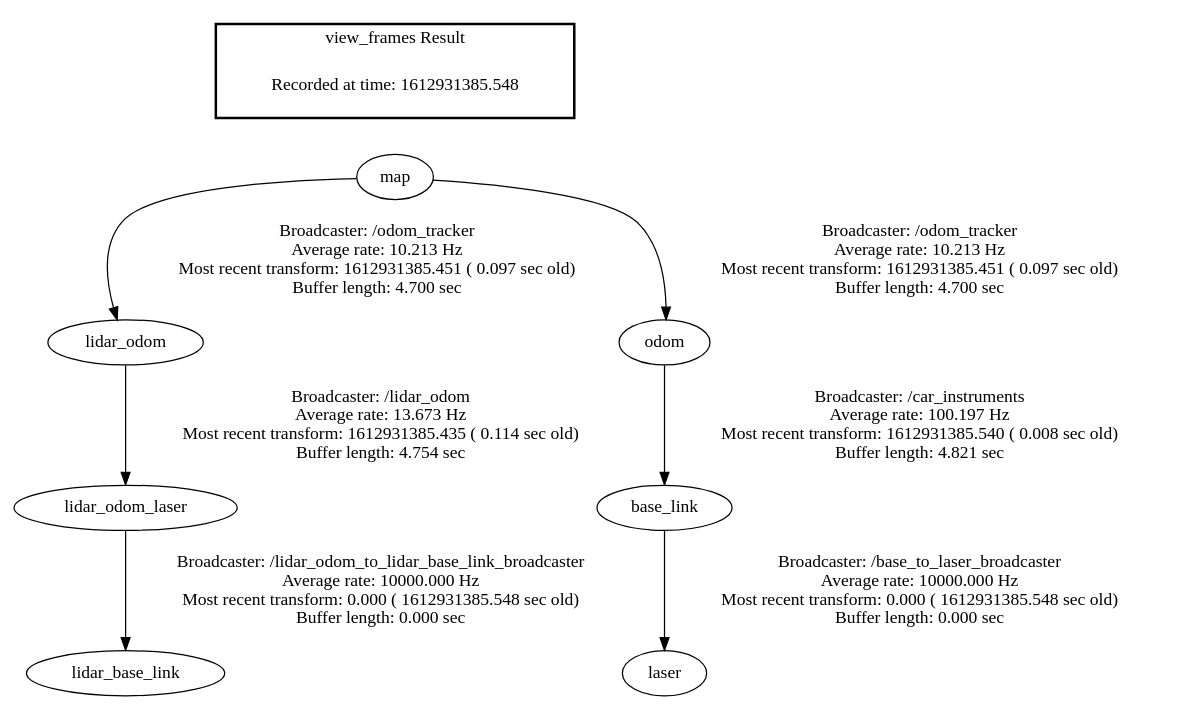
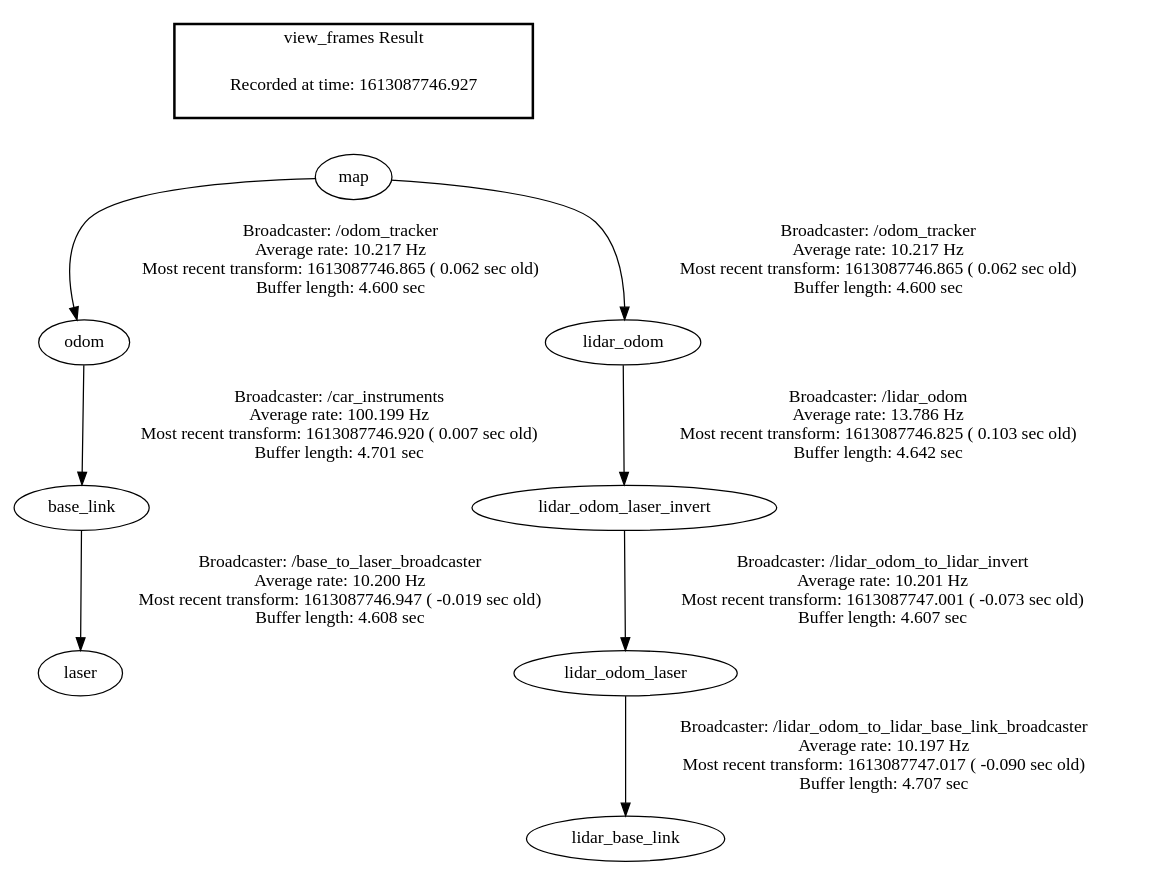
Before and after one commit to berickson/jiggle_ws: the diagram in frames.gv, drawn with Graphviz. The commit also changed 2 other files, not shown here.

Commit message:
inverted lidar

```diff
--- a/frames.gv
+++ b/frames.gv
@@ -1,12 +1,13 @@
 digraph G {
-"lidar_odom_laser" -> "lidar_base_link"[label="Broadcaster: /lidar_odom_to_lidar_base_link_broadcaster\nAverage rate: 10000.000 Hz\nMost recent transform: 0.000 ( 1612931385.548 sec old)\nBuffer length: 0.000 sec\n"];
-"lidar_odom" -> "lidar_odom_laser"[label="Broadcaster: /lidar_odom\nAverage rate: 13.673 Hz\nMost recent transform: 1612931385.435 ( 0.114 sec old)\nBuffer length: 4.754 sec\n"];
-"odom" -> "base_link"[label="Broadcaster: /car_instruments\nAverage rate: 100.197 Hz\nMost recent transform: 1612931385.540 ( 0.008 sec old)\nBuffer length: 4.821 sec\n"];
-"map" -> "odom"[label="Broadcaster: /odom_tracker\nAverage rate: 10.213 Hz\nMost recent transform: 1612931385.451 ( 0.097 sec old)\nBuffer length: 4.700 sec\n"];
-"base_link" -> "laser"[label="Broadcaster: /base_to_laser_broadcaster\nAverage rate: 10000.000 Hz\nMost recent transform: 0.000 ( 1612931385.548 sec old)\nBuffer length: 0.000 sec\n"];
-"map" -> "lidar_odom"[label="Broadcaster: /odom_tracker\nAverage rate: 10.213 Hz\nMost recent transform: 1612931385.451 ( 0.097 sec old)\nBuffer length: 4.700 sec\n"];
+"lidar_odom_laser" -> "lidar_base_link"[label="Broadcaster: /lidar_odom_to_lidar_base_link_broadcaster\nAverage rate: 10.197 Hz\nMost recent transform: 1613087747.017 ( -0.090 sec old)\nBuffer length: 4.707 sec\n"];
+"lidar_odom_laser_invert" -> "lidar_odom_laser"[label="Broadcaster: /lidar_odom_to_lidar_invert\nAverage rate: 10.201 Hz\nMost recent transform: 1613087747.001 ( -0.073 sec old)\nBuffer length: 4.607 sec\n"];
+"odom" -> "base_link"[label="Broadcaster: /car_instruments\nAverage rate: 100.199 Hz\nMost recent transform: 1613087746.920 ( 0.007 sec old)\nBuffer length: 4.701 sec\n"];
+"map" -> "odom"[label="Broadcaster: /odom_tracker\nAverage rate: 10.217 Hz\nMost recent transform: 1613087746.865 ( 0.062 sec old)\nBuffer length: 4.600 sec\n"];
+"base_link" -> "laser"[label="Broadcaster: /base_to_laser_broadcaster\nAverage rate: 10.200 Hz\nMost recent transform: 1613087746.947 ( -0.019 sec old)\nBuffer length: 4.608 sec\n"];
+"map" -> "lidar_odom"[label="Broadcaster: /odom_tracker\nAverage rate: 10.217 Hz\nMost recent transform: 1613087746.865 ( 0.062 sec old)\nBuffer length: 4.600 sec\n"];
+"lidar_odom" -> "lidar_odom_laser_invert"[label="Broadcaster: /lidar_odom\nAverage rate: 13.786 Hz\nMost recent transform: 1613087746.825 ( 0.103 sec old)\nBuffer length: 4.642 sec\n"];
 edge [style=invis];
  subgraph cluster_legend { style=bold; color=black; label ="view_frames Result";
-"Recorded at time: 1612931385.548"[ shape=plaintext ] ;
+"Recorded at time: 1613087746.927"[ shape=plaintext ] ;
  }->"map";
 }
```
